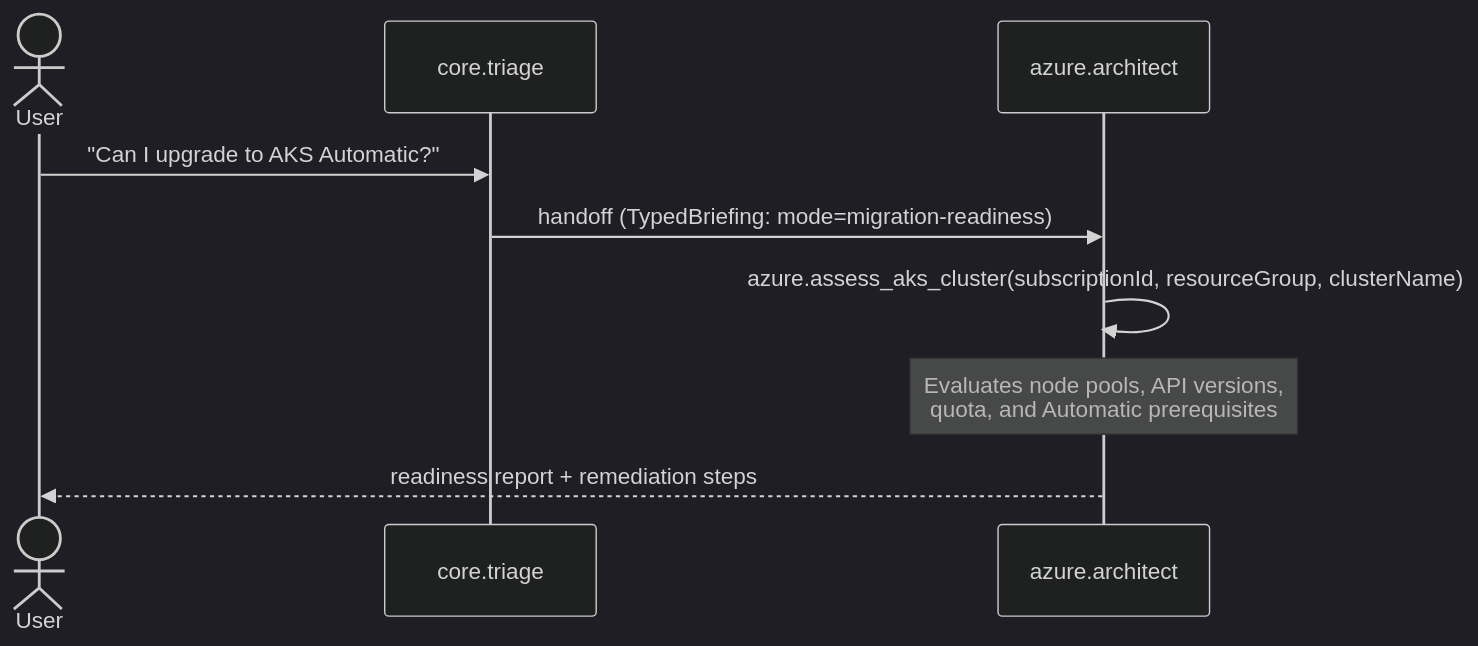
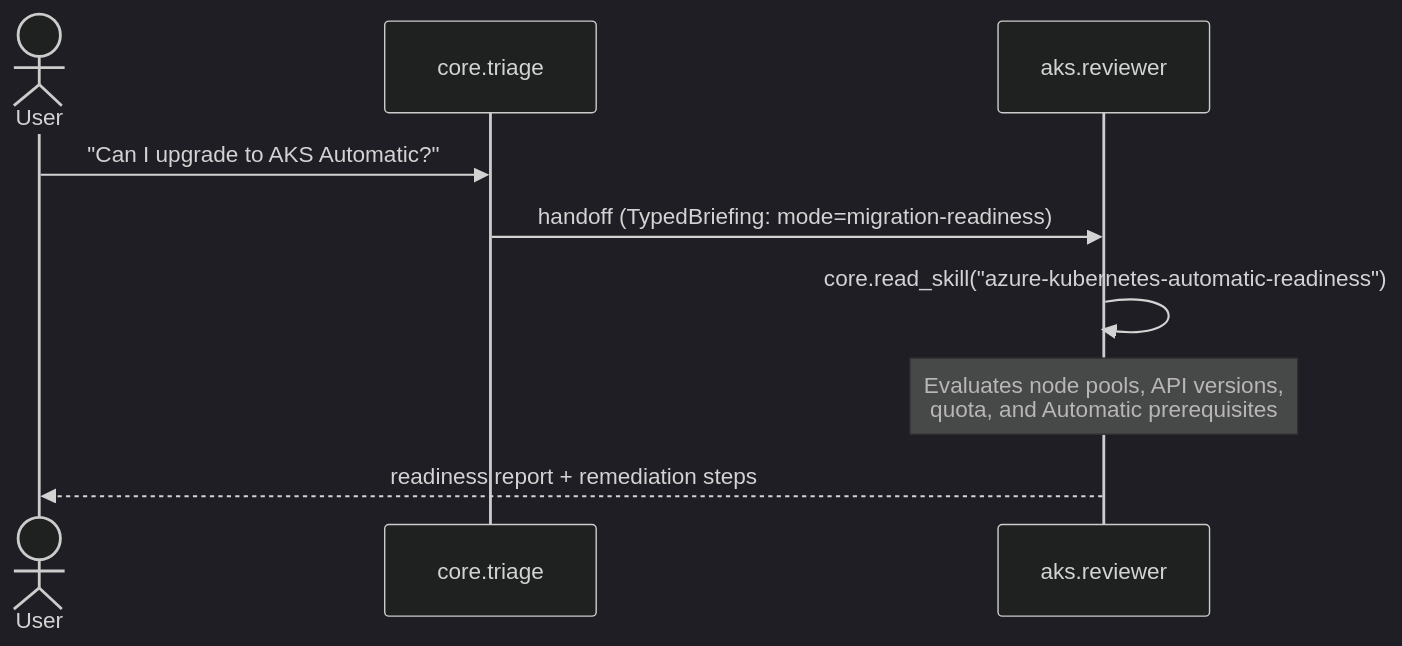
Before and after one commit to sabbour/kickstart: the third of 4 diagrams in docs-site/docs/architecture/agent-coordination.md, drawn with Mermaid (dark theme). The commit also changed other lines of this file and 6 other files, not shown here.

First line of the commit message:
docs: coherence sweep — mermaid diagrams, remove stale refs (#406) (#421)

````diff
--- a/docs-site/docs/architecture/agent-coordination.md
+++ b/docs-site/docs/architecture/agent-coordination.md
@@ -50,12 +76,12 @@
 ```mermaid
 sequenceDiagram
     actor User
     participant T as core.triage
-    participant AA as azure.architect
+    participant AR as aks.reviewer
 
     User->>T: "Can I upgrade to AKS Automatic?"
-    T->>AA: handoff (TypedBriefing: mode=migration-readiness)
-    AA->>AA: azure.assess_aks_cluster(subscriptionId, resourceGroup, clusterName)
-    Note over AA: Evaluates node pools, API versions,<br/>quota, and Automatic prerequisites
-    AA-->>User: readiness report + remediation steps
+    T->>AR: handoff (TypedBriefing: mode=migration-readiness)
+    AR->>AR: core.read_skill("azure-kubernetes-automatic-readiness")
+    Note over AR: Evaluates node pools, API versions,<br/>quota, and Automatic prerequisites
+    AR-->>User: readiness report + remediation steps
 ```
````
